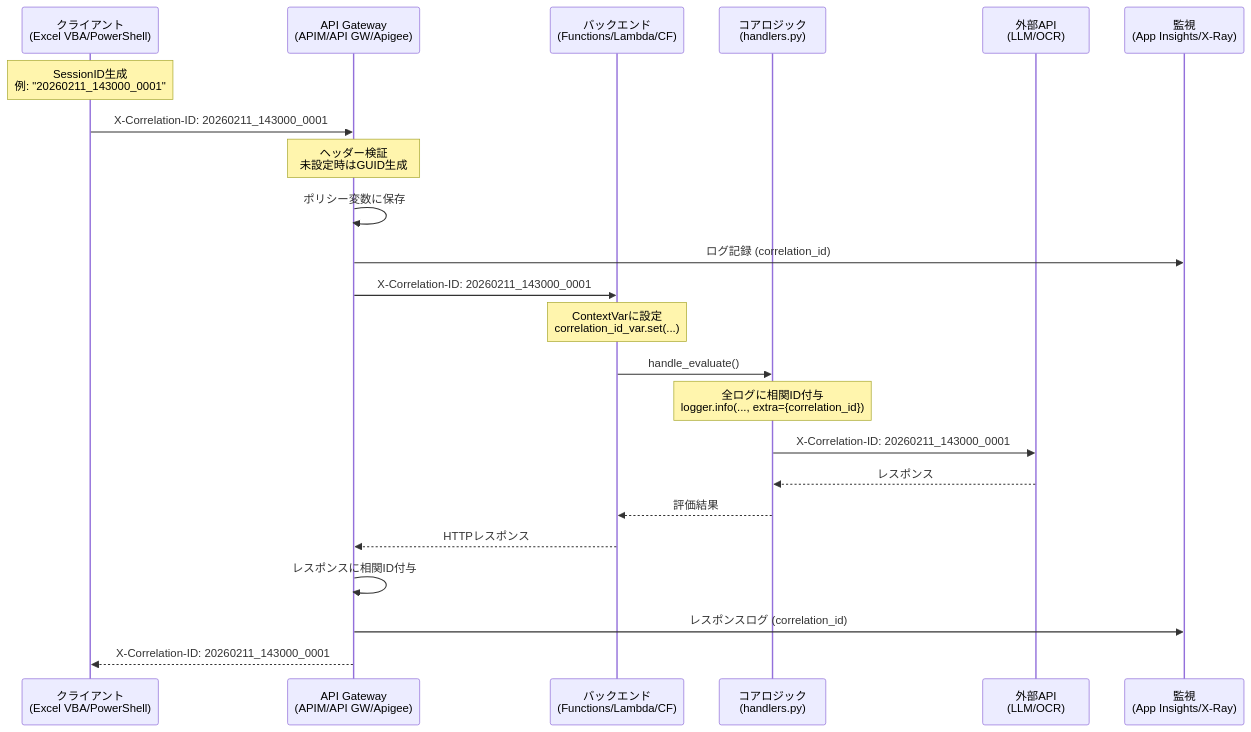
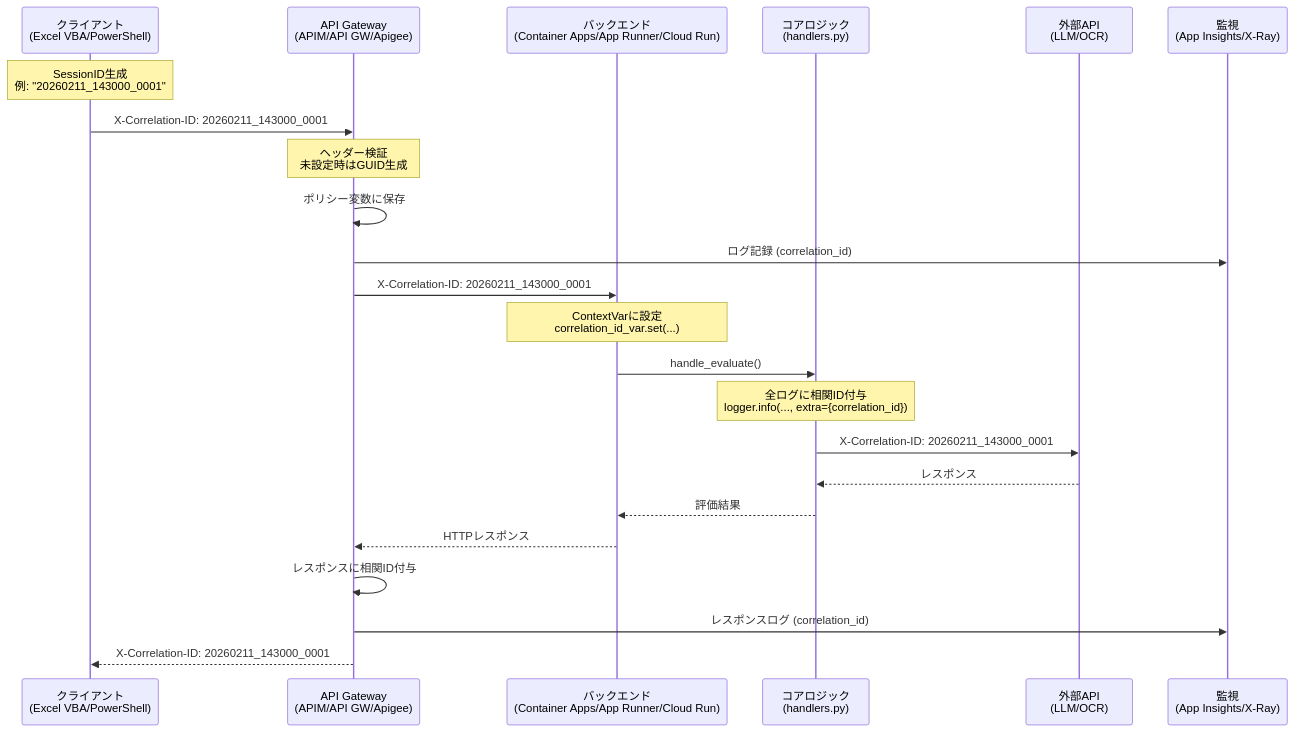
Before and after one commit to GEJFY/ic-test-ai-agent: the seventh of 7 diagrams in docs/architecture/API_GATEWAY_DESIGN.md, drawn with Mermaid. The commit also changed other lines of this file and 102 other files, not shown here.

````diff
--- a/docs/architecture/API_GATEWAY_DESIGN.md
+++ b/docs/architecture/API_GATEWAY_DESIGN.md
@@ -617,37 +617,37 @@
 ```mermaid
 sequenceDiagram
     participant Client as クライアント<br/>(Excel VBA/PowerShell)
     participant GW as API Gateway<br/>(APIM/API GW/Apigee)
-    participant BE as バックエンド<br/>(Functions/Lambda/CF)
+    participant BE as バックエンド<br/>(Container Apps/App Runner/Cloud Run)
     participant Core as コアロジック<br/>(handlers.py)
     participant Ext as 外部API<br/>(LLM/OCR)
     participant Mon as 監視<br/>(App Insights/X-Ray)
 
     Note over Client: SessionID生成<br/>例: "20260211_143000_0001"
 
     Client->>GW: X-Correlation-ID: 20260211_143000_0001
 
     Note over GW: ヘッダー検証<br/>未設定時はGUID生成
 
     GW->>GW: ポリシー変数に保存
     GW->>Mon: ログ記録 (correlation_id)
 
     GW->>BE: X-Correlation-ID: 20260211_143000_0001
 
     Note over BE: ContextVarに設定<br/>correlation_id_var.set(...)
 
     BE->>Core: handle_evaluate()
 
     Note over Core: 全ログに相関ID付与<br/>logger.info(..., extra={correlation_id})
 
     Core->>Ext: X-Correlation-ID: 20260211_143000_0001
     Ext-->>Core: レスポンス
 
     Core-->>BE: 評価結果
     BE-->>GW: HTTPレスポンス
 
     GW->>GW: レスポンスに相関ID付与
     GW->>Mon: レスポンスログ (correlation_id)
 
     GW-->>Client: X-Correlation-ID: 20260211_143000_0001
 ```
````
